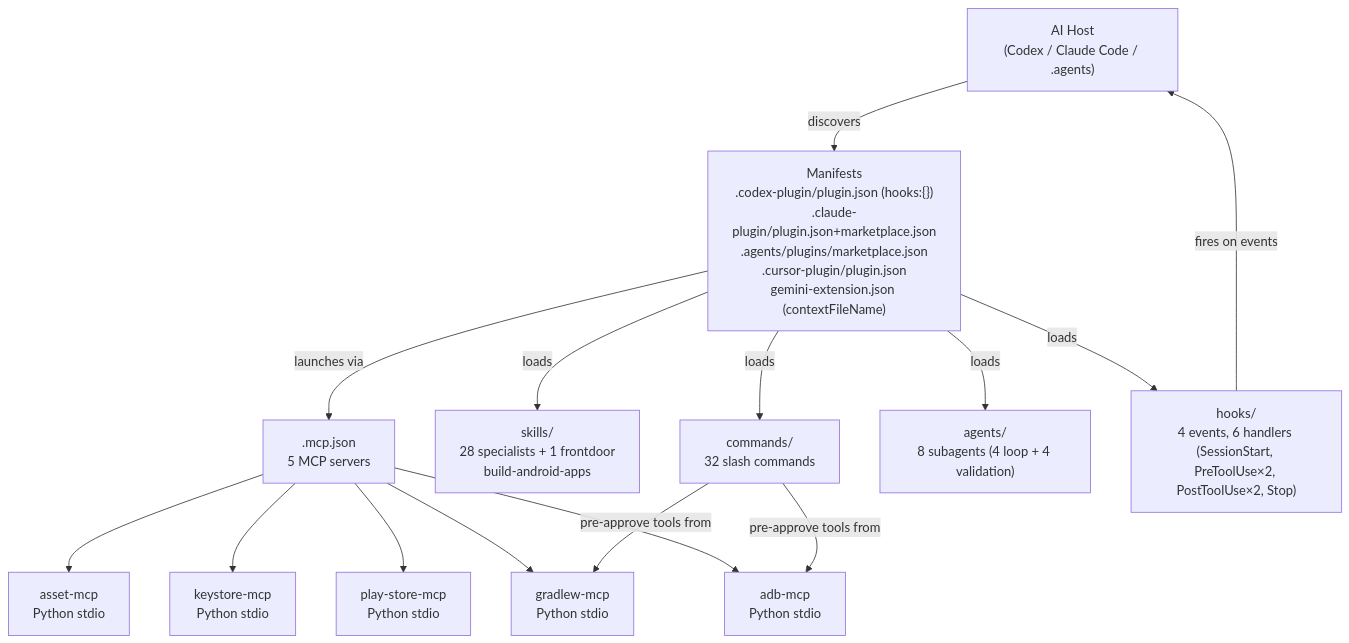
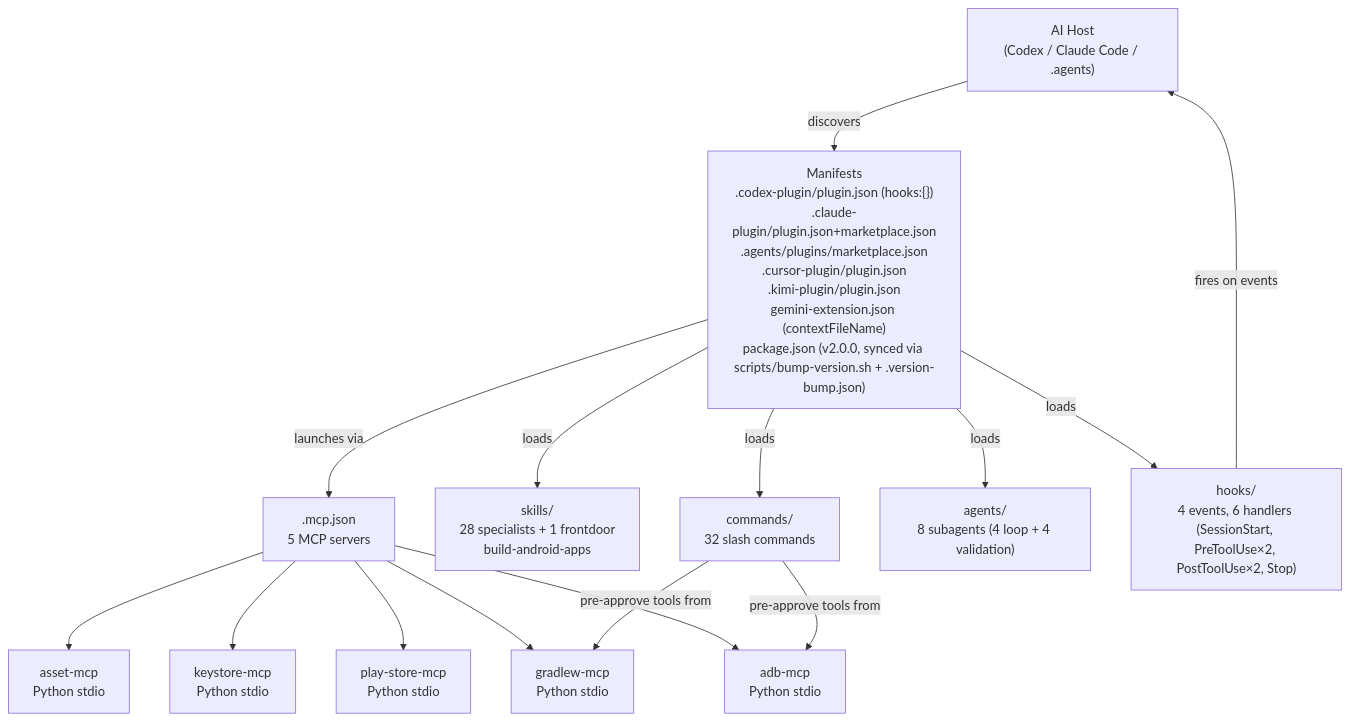
The diagram in docs/ARCHITECTURE.md (mitunmanav/build-android-apps), drawn with Mermaid before and after one commit. The commit also changed 1 other file, not shown here.

Commit message:
chore(hosts): version sync + full green (transcripts: /tmp/port-smoke/)

````diff
--- a/docs/ARCHITECTURE.md
+++ b/docs/ARCHITECTURE.md
@@ -3,30 +3,30 @@
 ```mermaid
 graph TB
     Host["AI Host<br/>(Codex / Claude Code / .agents)"]
-    Manifests["Manifests<br/>.codex-plugin/plugin.json (hooks:{})<br/>.claude-plugin/plugin.json+marketplace.json<br/>.agents/plugins/marketplace.json<br/>.cursor-plugin/plugin.json<br/>gemini-extension.json (contextFileName)"]
+    Manifests["Manifests<br/>.codex-plugin/plugin.json (hooks:{})<br/>.claude-plugin/plugin.json+marketplace.json<br/>.agents/plugins/marketplace.json<br/>.cursor-plugin/plugin.json<br/>.kimi-plugin/plugin.json<br/>gemini-extension.json (contextFileName)<br/>package.json (v2.0.0, synced via scripts/bump-version.sh + .version-bump.json)"]
     MCP[".mcp.json<br/>5 MCP servers"]
     Skills["skills/<br/>28 specialists + 1 frontdoor<br/>build-android-apps"]
     Cmds["commands/<br/>32 slash commands"]
     Agents["agents/<br/>8 subagents (4 loop + 4 validation)"]
     Hooks["hooks/<br/>4 events, 6 handlers (SessionStart, PreToolUse×2, PostToolUse×2, Stop)"]
     adb_mcp["adb-mcp<br/>Python stdio"]
     gradlew_mcp["gradlew-mcp<br/>Python stdio"]
     play_store_mcp["play-store-mcp<br/>Python stdio"]
     keystore_mcp["keystore-mcp<br/>Python stdio"]
     asset_mcp["asset-mcp<br/>Python stdio"]
 
     Host -->|discovers| Manifests
     Manifests -->|loads| Skills
     Manifests -->|loads| Cmds
     Manifests -->|loads| Agents
     Manifests -->|loads| Hooks
     Manifests -->|launches via| MCP
     MCP --> adb_mcp
     MCP --> gradlew_mcp
     MCP --> play_store_mcp
     MCP --> keystore_mcp
     MCP --> asset_mcp
     Cmds -->|pre-approve tools from| adb_mcp
     Cmds -->|pre-approve tools from| gradlew_mcp
     Hooks -->|fires on events| Host
 ```
````
